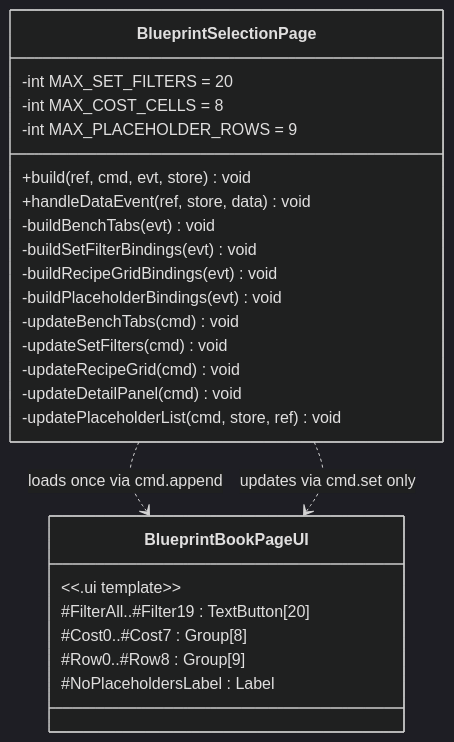
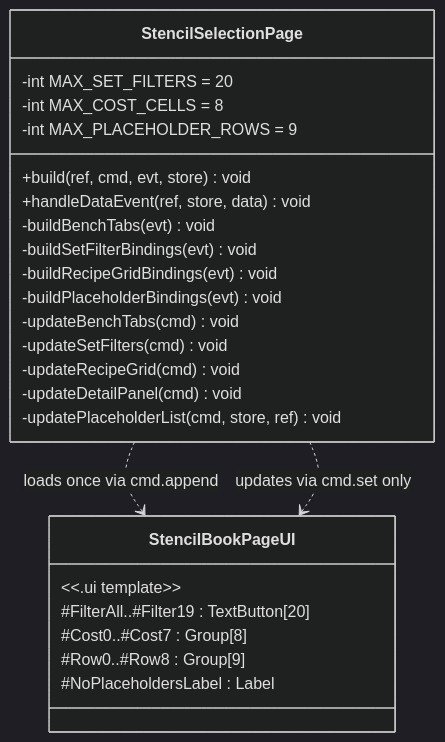
One commit to TheCodeCreature/Hytale-Example-Plugin changed the first of 3 diagrams in docs/design-load-update-separation.md. Above: the diagram before and after it, drawn with Mermaid (dark theme). The commit also changed other lines of this file and 289 other files, not shown here.

````diff
--- a/docs/design-load-update-separation.md
+++ b/docs/design-load-update-separation.md
@@ -20,30 +20,30 @@
 ```mermaid
 classDiagram
-    class BlueprintSelectionPage {
+    class StencilSelectionPage {
         -int MAX_SET_FILTERS = 20
         -int MAX_COST_CELLS = 8
         -int MAX_PLACEHOLDER_ROWS = 9
         +build(ref, cmd, evt, store) void
         +handleDataEvent(ref, store, data) void
         -buildBenchTabs(evt) void
         -buildSetFilterBindings(evt) void
         -buildRecipeGridBindings(evt) void
         -buildPlaceholderBindings(evt) void
         -updateBenchTabs(cmd) void
         -updateSetFilters(cmd) void
         -updateRecipeGrid(cmd) void
         -updateDetailPanel(cmd) void
         -updatePlaceholderList(cmd, store, ref) void
     }
 
-    class BlueprintBookPageUI {
+    class StencilBookPageUI {
         &lt;&lt;.ui template&gt;&gt;
         #FilterAll..#Filter19 : TextButton[20]
         #Cost0..#Cost7 : Group[8]
         #Row0..#Row8 : Group[9]
         #NoPlaceholdersLabel : Label
     }
 
-    BlueprintSelectionPage ..> BlueprintBookPageUI : loads once via cmd.append
-    BlueprintSelectionPage ..> BlueprintBookPageUI : updates via cmd.set only
+    StencilSelectionPage ..> StencilBookPageUI : loads once via cmd.append
+    StencilSelectionPage ..> StencilBookPageUI : updates via cmd.set only
 ```
````
